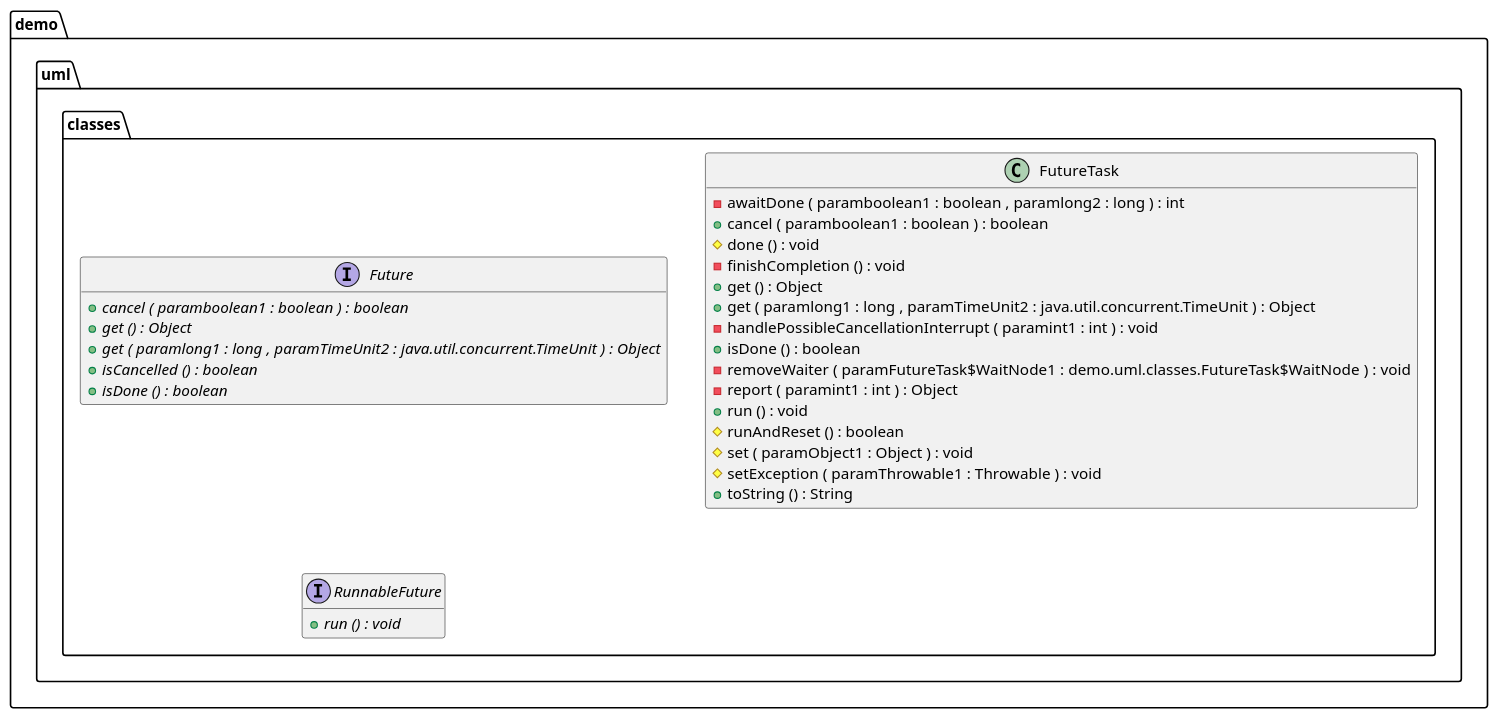
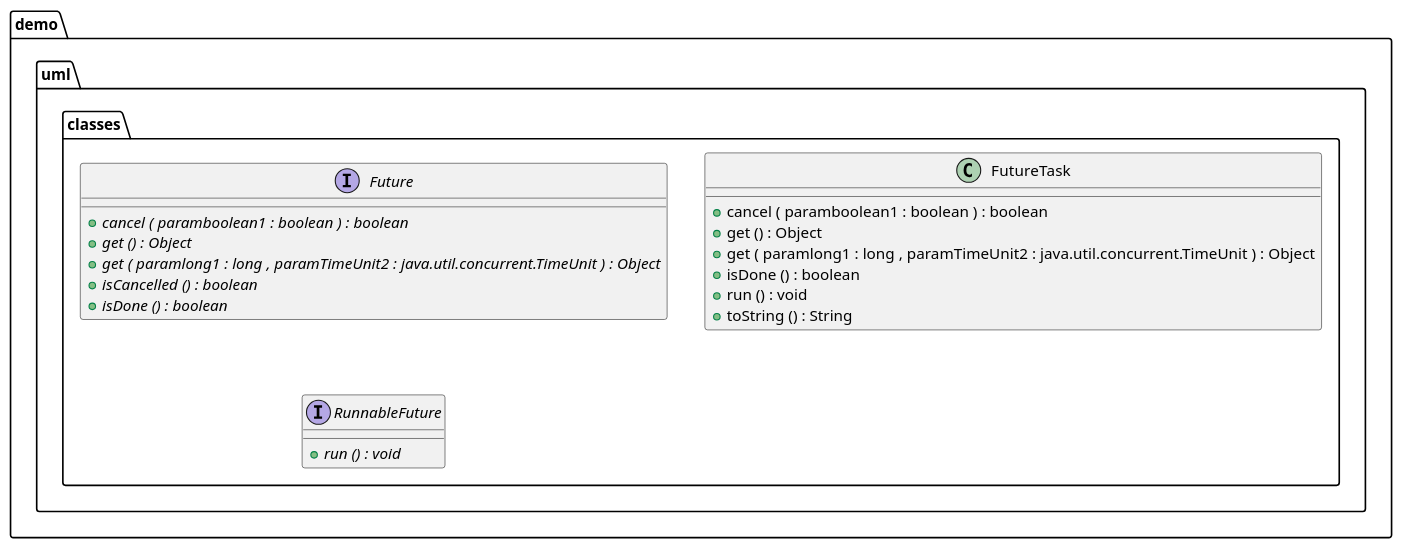
Before and after one commit to ti-cortex-m4/demo-java-completablefuture: the diagram in Future.puml, drawn with PlantUML. The commit also changed 1 other file, not shown here.

```diff
--- a/Future.puml
+++ b/Future.puml
@@ -1,56 +1,31 @@
 @startuml
 
 interface demo.uml.classes.Future {
 	{method}  {abstract} +cancel ( paramboolean1 : boolean ) : boolean
 	{method}  {abstract} +get () : Object
 	{method}  {abstract} +get ( paramlong1 : long , paramTimeUnit2 : java.util.concurrent.TimeUnit ) : Object
 	{method}  {abstract} +isCancelled () : boolean
 	{method}  {abstract} +isDone () : boolean
 }
 
 
 class demo.uml.classes.FutureTask {
-	{field} {static} -CANCELLED : int
-	{field} {static} -COMPLETING : int
-	{field} {static} -EXCEPTIONAL : int
-	{field} {static} -INTERRUPTED : int
-	{field} {static} -INTERRUPTING : int
-	{field} {static} -NEW : int
-	{field} {static} -NORMAL : int
-	{field} {static} -RUNNER : invoke.VarHandle
-	{field} {static} -STATE : invoke.VarHandle
-	{field} {static} -WAITERS : invoke.VarHandle
-	{field} -callable : java.util.concurrent.Callable
-	{field} -outcome : Object
-	{field} -runner : Thread
-	{field} -state : int
-	{field} -waiters : demo.uml.classes.FutureTask$WaitNode
-	{method} -awaitDone ( paramboolean1 : boolean , paramlong2 : long ) : int
 	{method} +cancel ( paramboolean1 : boolean ) : boolean
-	{method} #done () : void
-	{method} -finishCompletion () : void
 	{method} +get () : Object
 	{method} +get ( paramlong1 : long , paramTimeUnit2 : java.util.concurrent.TimeUnit ) : Object
-	{method} -handlePossibleCancellationInterrupt ( paramint1 : int ) : void
 	{method} +isDone () : boolean
-	{method} -removeWaiter ( paramFutureTask$WaitNode1 : demo.uml.classes.FutureTask$WaitNode ) : void
-	{method} -report ( paramint1 : int ) : Object
 	{method} +run () : void
-	{method} #runAndReset () : boolean
-	{method} #set ( paramObject1 : Object ) : void
-	{method} #setException ( paramThrowable1 : Throwable ) : void
 	{method} +toString () : String
 }
 
 
 interface demo.uml.classes.RunnableFuture {
 	{method}  {abstract} +run () : void
 }
 
 
 
 
 
-hide fields
 
 @enduml
```
